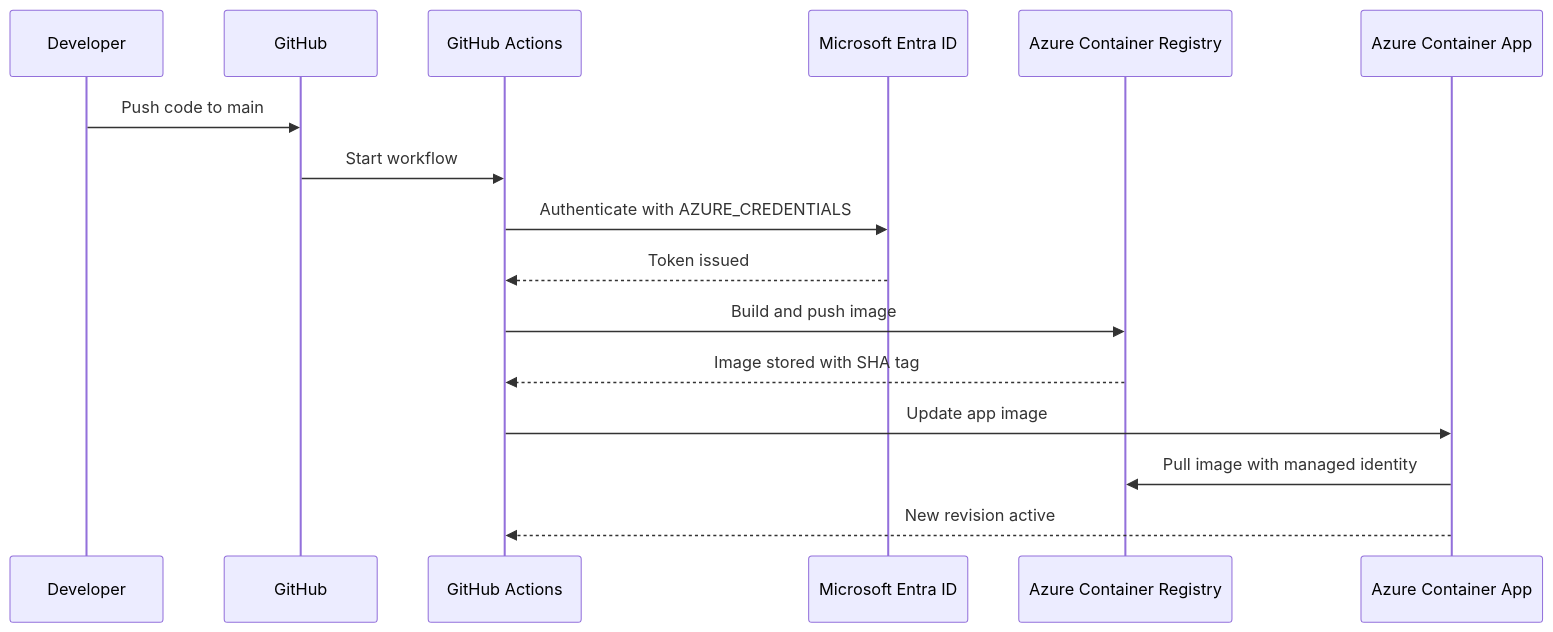
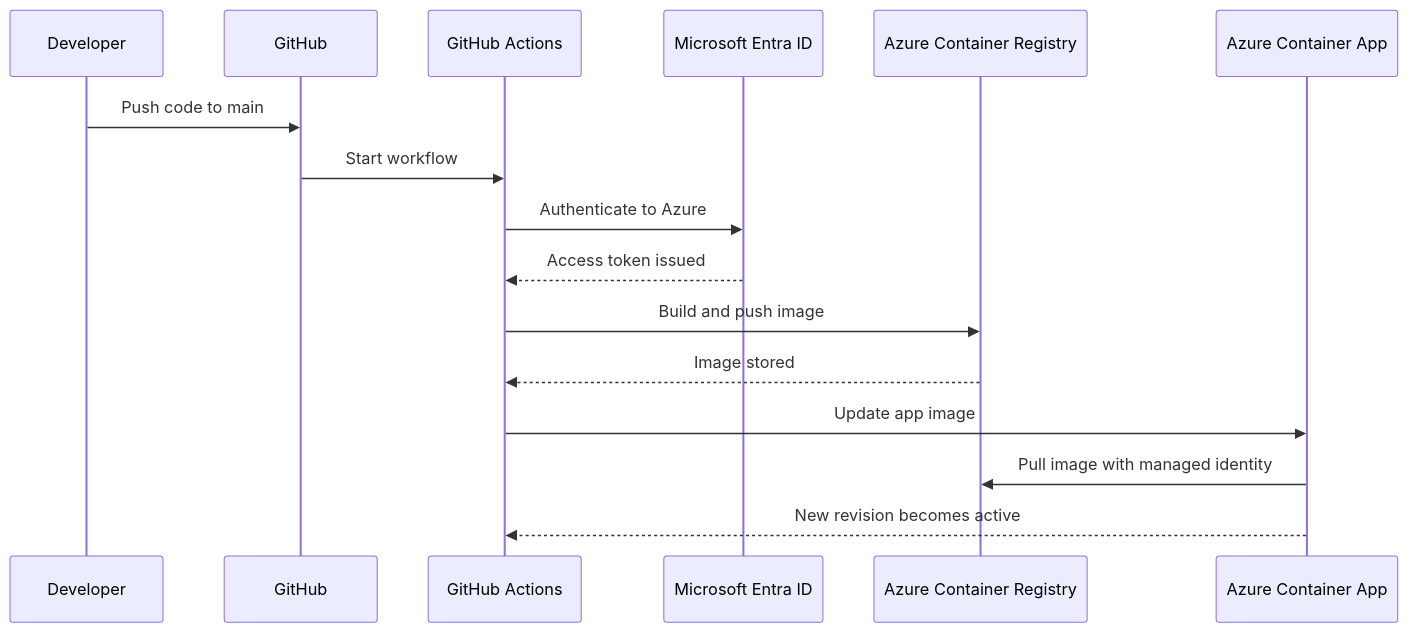
One commit to anandprabhusk/azure-container-apps-ci-cd changed the second of 2 diagrams in README.md. Above: the diagram before and after it, drawn with Mermaid. The commit also changed other lines of this file, not shown here.

````diff
--- a/README.md
+++ b/README.md
@@ -47,19 +72,19 @@
 ```mermaid
 sequenceDiagram
   participant Dev as Developer
   participant Git as GitHub
   participant GA as GitHub Actions
   participant AAD as Microsoft Entra ID
   participant ACR as Azure Container Registry
   participant ACA as Azure Container App
 
   Dev->>Git: Push code to main
   Git->>GA: Start workflow
-  GA->>AAD: Authenticate with AZURE_CREDENTIALS
-  AAD-->>GA: Token issued
+  GA->>AAD: Authenticate to Azure
+  AAD-->>GA: Access token issued
   GA->>ACR: Build and push image
-  ACR-->>GA: Image stored with SHA tag
+  ACR-->>GA: Image stored
   GA->>ACA: Update app image
   ACA->>ACR: Pull image with managed identity
-  ACA-->>GA: New revision active
+  ACA-->>GA: New revision becomes active
 ```
````
